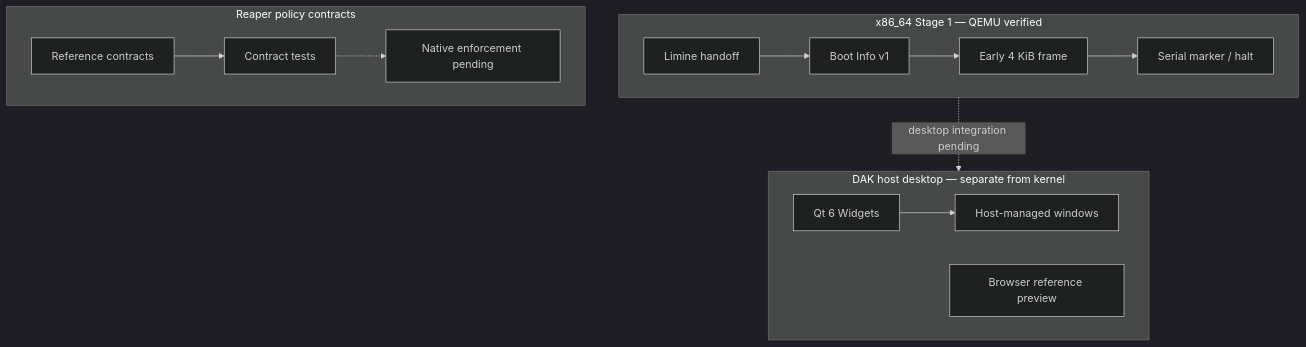
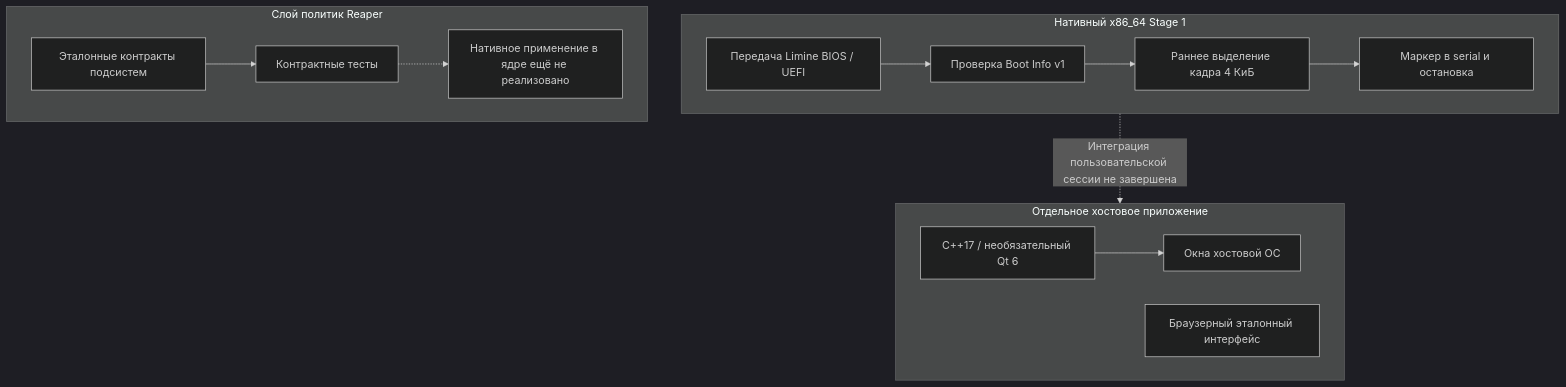
One commit to Ivan-VHS/DAK changed the diagram in README.ru.md. Above: the diagram before and after it, drawn with Mermaid (dark theme). The commit also changed other lines of this file, not shown here.

Commit message:
docs: rebaseline Russian DAK README

````diff
--- a/README.ru.md
+++ b/README.ru.md
@@ -37,17 +43,17 @@
-~~~mermaid
+```mermaid
 flowchart TB
-  subgraph BOOT["x86_64 Stage 1 — QEMU verified"]
-    L["Limine handoff"] --> B["Boot Info v1"]
-    B --> F["Early 4 KiB frame"]
-    F --> M["Serial marker / halt"]
+  subgraph BOOT["Нативный x86_64 Stage 1"]
+    F["Передача Limine BIOS / UEFI"] --> V["Проверка Boot Info v1"]
+    V --> A["Раннее выделение кадра 4 КиБ"]
+    A --> H["Маркер в serial и остановка"]
   end
-  subgraph POLICY["Reaper policy contracts"]
-    R["Reference contracts"] --> T["Contract tests"]
-    T -.-> N["Native enforcement pending"]
+  subgraph POLICY["Слой политик Reaper"]
+    R["Эталонные контракты подсистем"] --> T["Контрактные тесты"]
+    T -.-> K["Нативное применение в ядре ещё не реализовано"]
   end
-  subgraph HOST["DAK host desktop — separate from kernel"]
-    Q["Qt 6 Widgets"] --> W["Host-managed windows"]
-    H["Browser reference preview"]
+  subgraph HOST["Отдельное хостовое приложение"]
+    Q["C++17 / необязательный Qt 6"] --> W["Окна хостовой ОС"]
+    B["Браузерный эталонный интерфейс"]
   end
-  BOOT -.->|"desktop integration pending"| HOST
-~~~
+  BOOT -.->|"Интеграция пользовательской сессии не завершена"| HOST
+```
````
